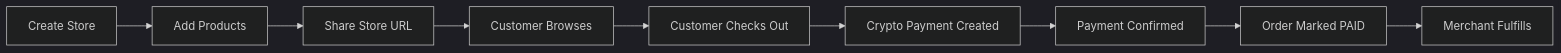
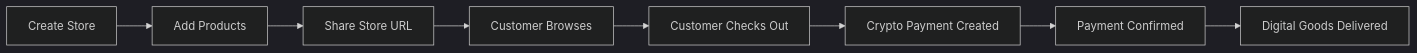
One commit to jams24/docs changed the first of 3 diagrams in concepts/store.mdx. Above: the diagram before and after it, drawn with Mermaid (dark theme). The commit also changed other lines of this file and 7 other files, not shown here.

First line of the commit message:
docs: add digital delivery, order-status, and download endpoints

````diff
--- a/concepts/store.mdx
+++ b/concepts/store.mdx
@@ -14,11 +14,10 @@
 ```mermaid
 graph LR
     A[Create Store] --> B[Add Products]
     B --> C[Share Store URL]
     C --> D[Customer Browses]
     D --> E[Customer Checks Out]
     E --> F[Crypto Payment Created]
     F --> G[Payment Confirmed]
-    G --> H[Order Marked PAID]
-    H --> I[Merchant Fulfills]
+    G --> H[Digital Goods Delivered]
 ```
````
